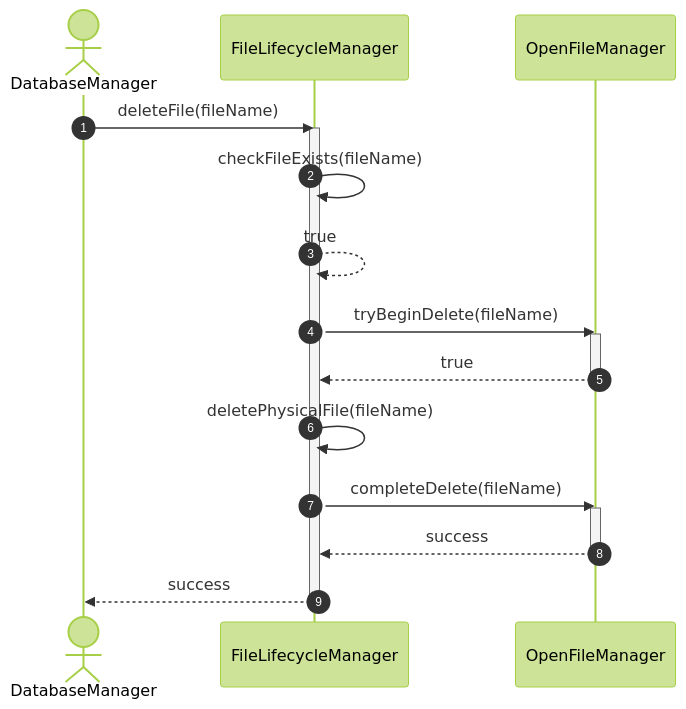
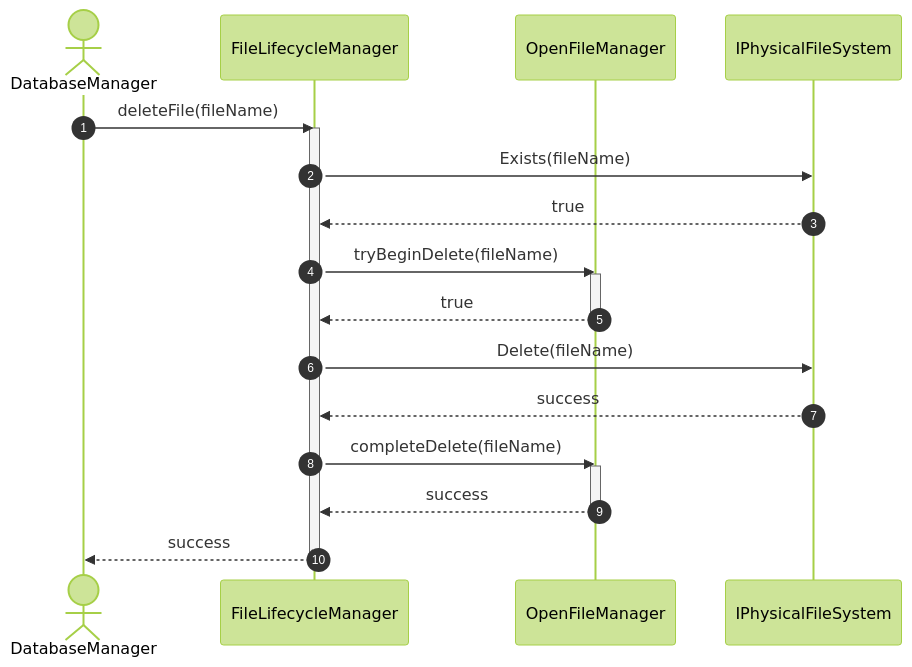
The first of 4 diagrams in docs/diagrams/sequence-diagrams/storage-engine/file-management/file-lifecycle/delete-file.md (manaxpow/DBMS), drawn with Mermaid (forest theme) before and after one commit. The commit also changed other lines of this file and 54 other files, not shown here.

Commit message:
#5 update PhysicalFileSystem

````diff
--- a/docs/diagrams/sequence-diagrams/storage-engine/file-management/file-lifecycle/delete-file.md
+++ b/docs/diagrams/sequence-diagrams/storage-engine/file-management/file-lifecycle/delete-file.md
@@ -10,28 +10,30 @@
 ```mermaid
 sequenceDiagram
     autonumber
     actor DB as DatabaseManager
     participant LM as FileLifecycleManager
     participant OM as OpenFileManager
+    participant PFS as IPhysicalFileSystem
 
     DB->>LM: deleteFile(fileName)
     activate LM
     
-    LM->>LM: checkFileExists(fileName)
-    LM-->>LM: true
+    LM->>PFS: Exists(fileName)
+    PFS-->>LM: true
 
     LM->>OM: tryBeginDelete(fileName)
     activate OM
     OM-->>LM: true
     deactivate OM
     
-    LM->>LM: deletePhysicalFile(fileName)
+    LM->>PFS: Delete(fileName)
+    PFS-->>LM: success
     
     LM->>OM: completeDelete(fileName)
     activate OM
     OM-->>LM: success
     deactivate OM
     
     LM-->>DB: success
     deactivate LM
 ```
````
